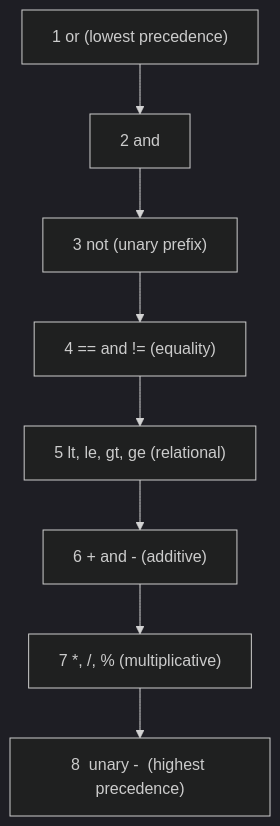
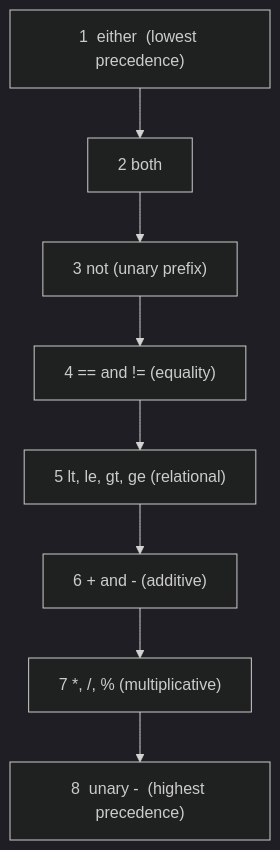
Before and after one commit to Babar-RM/Nexora: the sixth of 12 diagrams in AGENTS.md, drawn with Mermaid (dark theme). The commit also changed other lines of this file and 6 other files, not shown here.

````diff
--- a/AGENTS.md
+++ b/AGENTS.md
@@ -330,13 +330,13 @@
 ```mermaid
 flowchart TD
-    P1["1  or  (lowest precedence)"]
-    P2["2  and"]
+    P1["1  either  (lowest precedence)"]
+    P2["2  both"]
     P3["3  not  (unary prefix)"]
     P4["4  == and !=  (equality)"]
     P5["5  lt, le, gt, ge  (relational)"]
     P6["6  + and -  (additive)"]
     P7["7  *, /, %  (multiplicative)"]
     P8["8  unary -  (highest precedence)"]
 
     P1 --> P2 --> P3 --> P4 --> P5 --> P6 --> P7 --> P8
 ```
````
